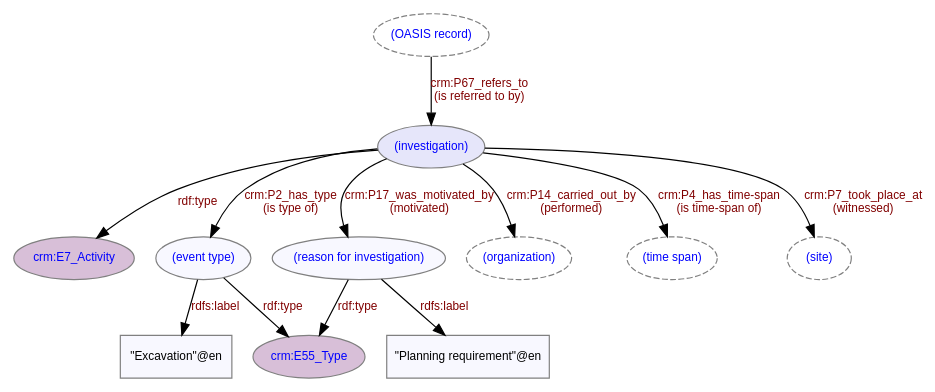
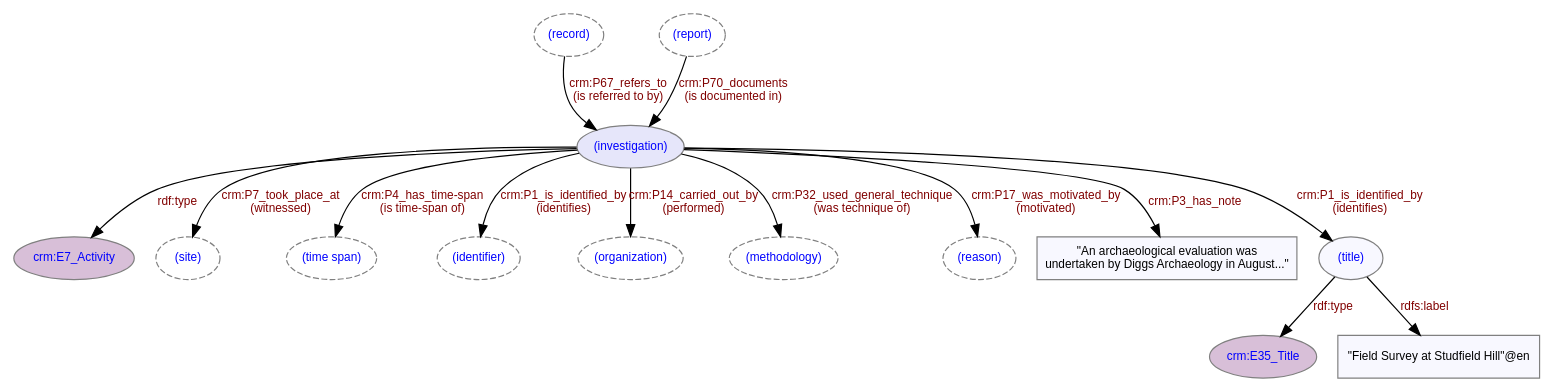
Before and after one commit to cbinding/LD4HE: the diagram in diagrams/ld4he-investigation.dot, drawn with Graphviz. The commit also changed 275 other files, not shown here.

```diff
--- a/diagrams/ld4he-investigation.dot
+++ b/diagrams/ld4he-investigation.dot
@@ -1,26 +1,33 @@
 digraph {
    // label = "Investigation";
    // labelloc = "t";
    node [color=gray, fontcolor=blue, fontsize=10, fontname=Arial, style=filled, fillcolor=ghostwhite];
    edge [color=black, fontcolor=maroon, fontsize=10, fontname=Arial];
-   "crm:E7_Activity" [fillcolor=thistle, URL="http://www.cidoc-crm.org/cidoc-crm/E7_Activity"];   
-   "crm:E55_Type" [fillcolor=thistle, URL="http://www.cidoc-crm.org/cidoc-crm/E55_Type"];
-   "(OASIS record)" [style=dashed];
-   "(investigation)" [fillcolor=lavender];
-   "(OASIS record)" -> "(investigation)" [label="crm:P67_refers_to\n(is referred to by)", labelURL="http://www.cidoc-crm.org/cidoc-crm/P67_refers_to"];
-   "(investigation)" -> "crm:E7_Activity" [label="rdf:type", labelURL="http://www.w3.org/1999/02/22-rdf-syntax-ns#type"];
-   "(investigation)" -> "(event type)" [label="crm:P2_has_type\n(is type of)", labelURL="http://www.cidoc-crm.org/cidoc-crm/P2_has_type"];
-   "(investigation)" -> "(reason for investigation)" [label="crm:P17_was_motivated_by\n(motivated)", labelURL="http://www.cidoc-crm.org/cidoc-crm/P17_was_motivated_by"];
-   "(reason for investigation)" -> "crm:E55_Type" [label="rdf:type", labelURL="http://www.w3.org/1999/02/22-rdf-syntax-ns#type"];
-   "(reason for investigation)" -> "\"Planning requirement\"@en" [label="rdfs:label", labelURL="http://www.w3.org/2000/01/rdf-schema#label"];
-   "\"Planning requirement\"@en" [shape=box, fontcolor=black];
-   "(event type)" -> "crm:E55_Type" [label="rdf:type", labelURL="http://www.w3.org/1999/02/22-rdf-syntax-ns#type"];
-   "(event type)" -> "\"Excavation\"@en" [label="rdfs:label", labelURL="http://www.w3.org/2000/01/rdf-schema#label"];
-   "\"Excavation\"@en" [shape=box, fontcolor=black];
-   "(investigation)" -> "(organization)" [label="crm:P14_carried_out_by\n(performed)", labelURL="http://www.cidoc-crm.org/cidoc-crm/P14_carried_out_by"];
-   "(organization)" [style=dashed];
-   "(investigation)" -> "(time span)" [label="crm:P4_has_time-span\n(is time-span of)", labelURL="http://www.cidoc-crm.org/cidoc-crm/P4_has_time-span"];
-   "(investigation)" -> "(site)" [label="crm:P7_took_place_at\n(witnessed)", labelURL="http://www.cidoc-crm.org/cidoc-crm/P7_took_place_at"]; 
+   "crm:E7_Activity" [fillcolor=thistle, URL="http://www.cidoc-crm.org/cidoc-crm/E7_Activity"];  
+   "crm:E35_Title" [fillcolor=thistle, URL="http://www.cidoc-crm.org/cidoc-crm/E35_Title"];      
+   "(record)" [style=dashed];
    "(site)" [style=dashed]; 
    "(time span)" [style=dashed]; 
+   "(report)" [style=dashed]; 
+   "(investigation)" [fillcolor=lavender];
+   "(identifier)" [style=dashed];
+   "(organization)" [style=dashed];
+   "(methodology)" [style=dashed];
+   "(reason)" [style=dashed];   
+   "\"Field Survey at Studfield Hill\"@en" [shape=box, fontcolor=black];
+   "\"An archaeological evaluation was\nundertaken by Diggs Archaeology in August...\""  [shape=box, fontcolor=black];
+   "(record)" -> "(investigation)" [label="crm:P67_refers_to\n(is referred to by)", labelURL="http://www.cidoc-crm.org/cidoc-crm/P67_refers_to"];   
+   "(investigation)" -> "crm:E7_Activity" [label="rdf:type", labelURL="http://www.w3.org/1999/02/22-rdf-syntax-ns#type"];
+   "(investigation)" -> "(methodology)" [label="crm:P32_used_general_technique\n(was technique of)", labelURL="http://www.cidoc-crm.org/cidoc-crm/P32_used_general_technique"];
+   "(investigation)" -> "(identifier)" [label="crm:P1_is_identified_by\n(identifies)", labelURL="http://www.cidoc-crm.org/cidoc-crm/P1_is_identified_by"];
+   "(investigation)" -> "(reason)" [label="crm:P17_was_motivated_by\n(motivated)", labelURL="http://www.cidoc-crm.org/cidoc-crm/P17_was_motivated_by"];
+   "(investigation)" -> "(organization)" [label="crm:P14_carried_out_by\n(performed)", labelURL="http://www.cidoc-crm.org/cidoc-crm/P14_carried_out_by"];
+   "(investigation)" -> "(time span)" [label="crm:P4_has_time-span\n(is time-span of)", labelURL="http://www.cidoc-crm.org/cidoc-crm/P4_has_time-span"];
+   "(investigation)" -> "(site)" [label="crm:P7_took_place_at\n(witnessed)", labelURL="http://www.cidoc-crm.org/cidoc-crm/P7_took_place_at"];     
+   "(investigation)" -> "(title)" [label="crm:P1_is_identified_by\n(identifies)", labelURL="http://www.cidoc-crm.org/cidoc-crm/P1_is_identified_by"];
+   "(report)" -> "(investigation)" [label="crm:P70_documents\n(is documented in)", labelURL="http://www.cidoc-crm.org/cidoc-crm/P70_documents"];     
+   "(title)" -> "crm:E35_Title" [label="rdf:type", labelURL="http://www.w3.org/1999/02/22-rdf-syntax-ns#type"];
+   "(title)" -> "\"Field Survey at Studfield Hill\"@en" [label="rdfs:label", labelURL="http://www.w3.org/2000/01/rdf-schema#label"];   
+   "(investigation)" -> "\"An archaeological evaluation was\nundertaken by Diggs Archaeology in August...\"" [label="crm:P3_has_note", labelURL="http://www.cidoc-crm.org/cidoc-crm/P3_has_note"];
+   
 }
```
